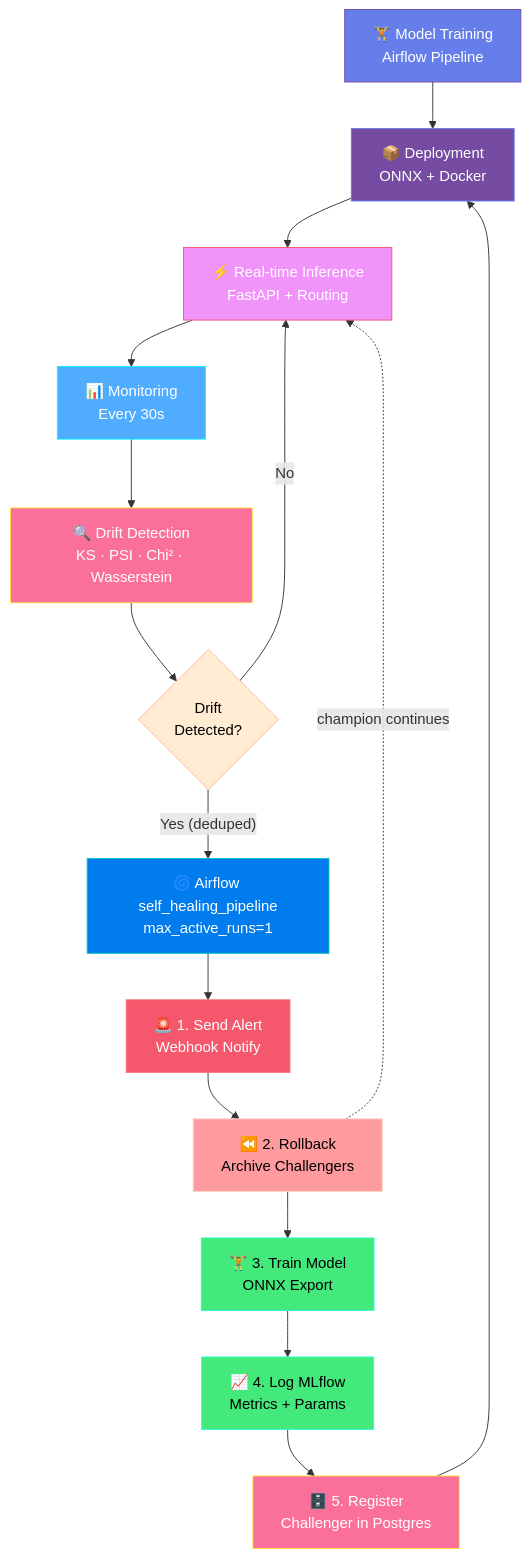
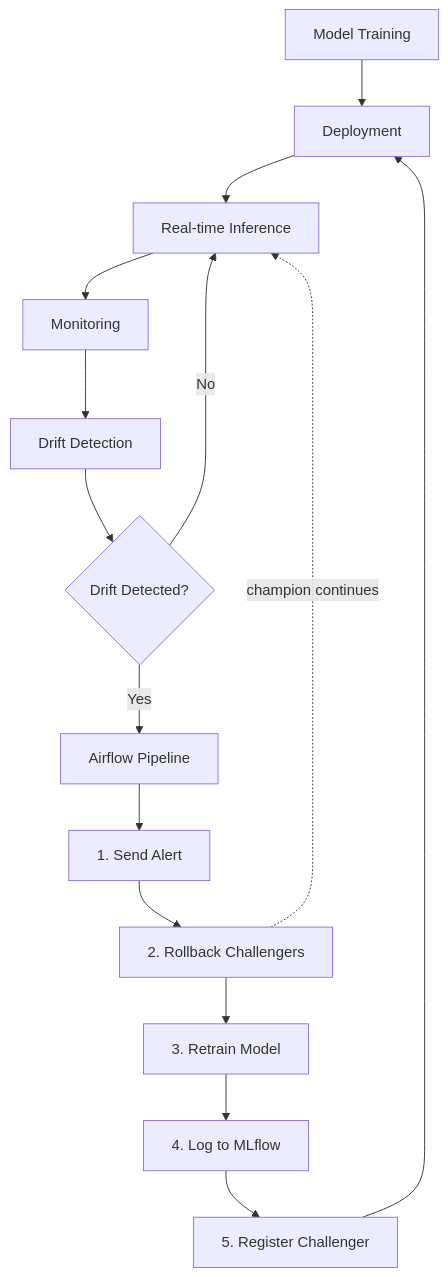
One commit to vtnguyen04/phoenix_ML changed the second of 2 diagrams in README.md. Above: the diagram before and after it, drawn with Mermaid. The commit also changed other lines of this file and 21 other files, not shown here.

````diff
--- a/README.md
+++ b/README.md
@@ -115,30 +108,17 @@
 ```mermaid
 graph TD
-    Train["🏋️ Model Training<br/>Airflow Pipeline"] --> Deploy["📦 Deployment<br/>ONNX + Docker"]
-    Deploy --> Serve["⚡ Real-time Inference<br/>FastAPI + Routing"]
-    Serve --> Monitor["📊 Monitoring<br/>Every 30s"]
-    Monitor --> Anomaly["🔍 Drift Detection<br/>KS · PSI · Chi² · Wasserstein"]
-    Anomaly --> Decision{"Drift<br/>Detected?"}
+    Train[Model Training] --> Deploy[Deployment]
+    Deploy --> Serve[Real-time Inference]
+    Serve --> Monitor[Monitoring]
+    Monitor --> Drift[Drift Detection]
+    Drift --> Decision{Drift Detected?}
     Decision -->|No| Serve
-    Decision -->|"Yes (deduped)"| Airflow["🌀 Airflow self_healing_pipeline<br/>max_active_runs=1"]
-    Airflow --> T1["🚨 1. Send Alert<br/>Webhook Notify"]
-    T1 --> T2["⏪ 2. Rollback<br/>Archive Challengers"]
-    T2 --> T3["🏋️ 3. Train Model<br/>ONNX Export"]
-    T3 --> T4["📈 4. Log MLflow<br/>Metrics + Params"]
-    T4 --> T5["🗄️ 5. Register<br/>Challenger in Postgres"]
+    Decision -->|Yes| Airflow[Airflow Pipeline]
+    Airflow --> T1[1. Send Alert]
+    T1 --> T2[2. Rollback Challengers]
+    T2 --> T3[3. Retrain Model]
+    T3 --> T4[4. Log to MLflow]
+    T4 --> T5[5. Register Challenger]
     T5 --> Deploy
     T2 -.->|champion continues| Serve
-
-    style Train fill:#667eea,stroke:#764ba2,color:#fff
-    style Deploy fill:#764ba2,stroke:#667eea,color:#fff
-    style Serve fill:#f093fb,stroke:#f5576c,color:#fff
-    style Monitor fill:#4facfe,stroke:#00f2fe,color:#fff
-    style Anomaly fill:#fa709a,stroke:#fee140,color:#fff
-    style Decision fill:#ffecd2,stroke:#fcb69f,color:#000
-    style Airflow fill:#017cee,stroke:#00c7b7,color:#fff
-    style T1 fill:#f5576c,stroke:#ff6b6b,color:#fff
-    style T2 fill:#ff9a9e,stroke:#fad0c4,color:#000
-    style T3 fill:#43e97b,stroke:#38f9d7,color:#000
-    style T4 fill:#43e97b,stroke:#38f9d7,color:#000
-    style T5 fill:#fa709a,stroke:#fee140,color:#fff
 ```
````
